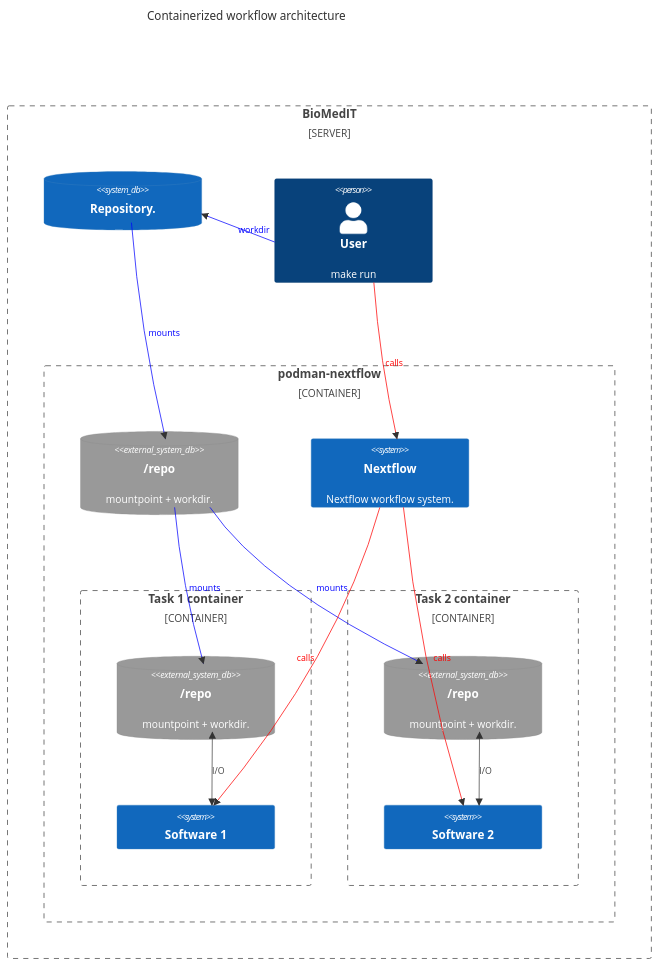
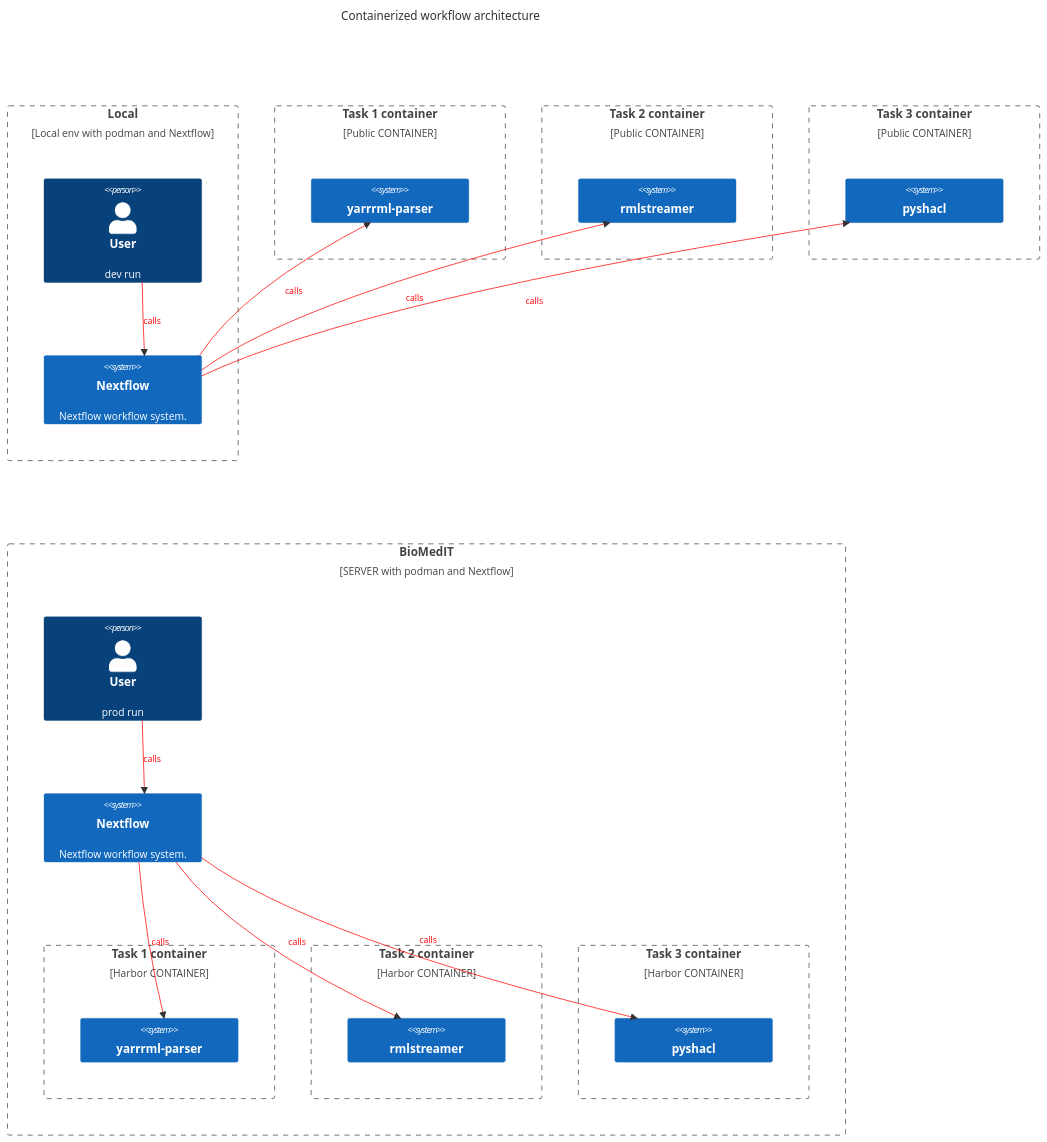
One commit to sdsc-ordes/demo-biomedit-workflow changed the first of 2 diagrams in README.md. Above: the diagram before and after it, drawn with Mermaid. The commit also changed other lines of this file and 4 other files, not shown here.

````diff
--- a/README.md
+++ b/README.md
@@ -29,54 +29,66 @@
 ```mermaid
-    C4Context
+        C4Context
       title Containerized workflow architecture
-      Boundary(b0, "BioMedIT", "SERVER") {
-        SystemDb(Repo, "Repository.")
-        Person(User, "User", "make run")
 
-        Boundary(b1, "podman-nextflow", "CONTAINER") {
+      Boundary(l1, "Local", "Local env with podman and Nextflow") {
+        Person(Dev, "User", "dev run")
+        System(NextflowLoc, "Nextflow", "Nextflow workflow system.")
+      }
+      Boundary(loc1, "Task 1 container", "Public CONTAINER") {
+          System(Software1pub, "yarrrml-parser")
+      }
 
-          SystemDb_Ext(RepoMount1, "/repo", "mountpoint + workdir.")
+      Boundary(loc2, "Task 2 container", "Public CONTAINER") {
+          System(Software2pub, "rmlstreamer")
+        }
+
+      Boundary(loc3, "Task 3 container", "Public CONTAINER") {
+          System(Software3pub, "pyshacl")
+        }
+      Boundary(b0, "BioMedIT", "SERVER with podman and Nextflow") {
+        Person(User, "User", "prod run")
+
           System(Nextflow, "Nextflow", "Nextflow workflow system.")
 
-          Boundary(t1, "Task 1 container", "CONTAINER") {
-            SystemDb_Ext(RepoMount21, "/repo", "mountpoint + workdir.")
-            System(Software1, "Software 1")
-          }
+        Boundary(t1, "Task 1 container", "Harbor CONTAINER") {
+          System(Software1, "yarrrml-parser")
+        }
 
-          Boundary(t2, "Task 2 container", "CONTAINER") {
-            SystemDb_Ext(RepoMount22, "/repo", "mountpoint + workdir.")
-            System(Software2, "Software 2")
-          }
+        Boundary(t2, "Task 2 container", "Harbor CONTAINER") {
+          System(Software2, "rmlstreamer")
+        }
 
+        Boundary(t3, "Task 3 container", "Harbor CONTAINER") {
+          System(Software3, "pyshacl")
         }
 
       }
 
-      Rel(User, Repo, "workdir")
-
-      Rel(Repo, RepoMount1, "mounts")
-      Rel(RepoMount1, RepoMount21, "mounts")
-      Rel(RepoMount1, RepoMount22, "mounts")
+      UpdateLayoutConfig($c4ShapeInRow="1", $c4BoundaryInRow="1")
 
       Rel(User, Nextflow, "calls")
       Rel(Nextflow, Software1, "calls")
       Rel(Nextflow, Software2, "calls")
+      Rel(Nextflow, Software3, "calls")
 
-      BiRel(Software2, RepoMount22, "I/O")
-      BiRel(Software1, RepoMount21, "I/O")
-
-      UpdateRelStyle(User, Repo, $textColor="blue", $lineColor="blue")
-      UpdateRelStyle(Repo, RepoMount1, $textColor="blue", $lineColor="blue")
-      UpdateRelStyle(RepoMount1, RepoMount21, $textColor="blue", $lineColor="blue")
-      UpdateRelStyle(RepoMount1, RepoMount22, $textColor="blue", $lineColor="blue")
+      Rel(Dev, NextflowLoc, "calls")
+      Rel(NextflowLoc, Software1pub, "calls")
+      Rel(NextflowLoc, Software2pub, "calls")
+      Rel(NextflowLoc, Software3pub, "calls")
 
       UpdateRelStyle(User, Nextflow, $textColor="red", $lineColor="red")
       UpdateRelStyle(Nextflow, Software1, $textColor="red", $lineColor="red")
       UpdateRelStyle(Nextflow, Software2, $textColor="red", $lineColor="red")
+      UpdateRelStyle(Nextflow, Software3, $textColor="red", $lineColor="red")
+
+      UpdateRelStyle(Dev, NextflowLoc, $textColor="red", $lineColor="red")
+      UpdateRelStyle(NextflowLoc, Software1pub, $textColor="red", $lineColor="red")
+      UpdateRelStyle(NextflowLoc, Software2pub, $textColor="red", $lineColor="red")
+      UpdateRelStyle(NextflowLoc, Software3pub, $textColor="red", $lineColor="red")
 
 
       UpdateRelStyle(Nextflow, User, $textColor="red", $lineColor="red")
 
-      UpdateLayoutConfig($c4ShapeInRow="2", $c4BoundaryInRow="2")
+      UpdateLayoutConfig($c4ShapeInRow="5", $c4BoundaryInRow="4")
 
 ```
````
